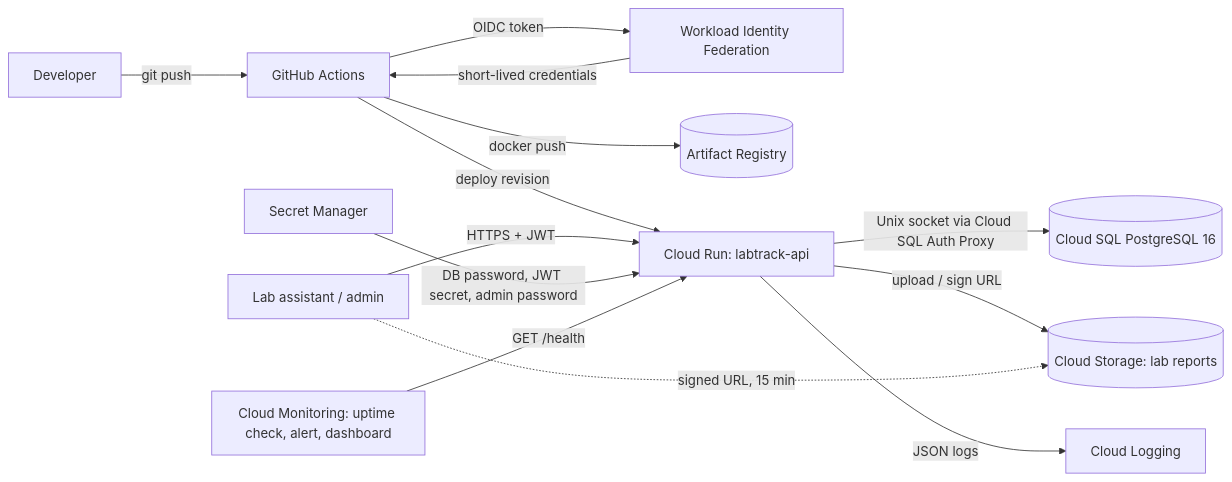
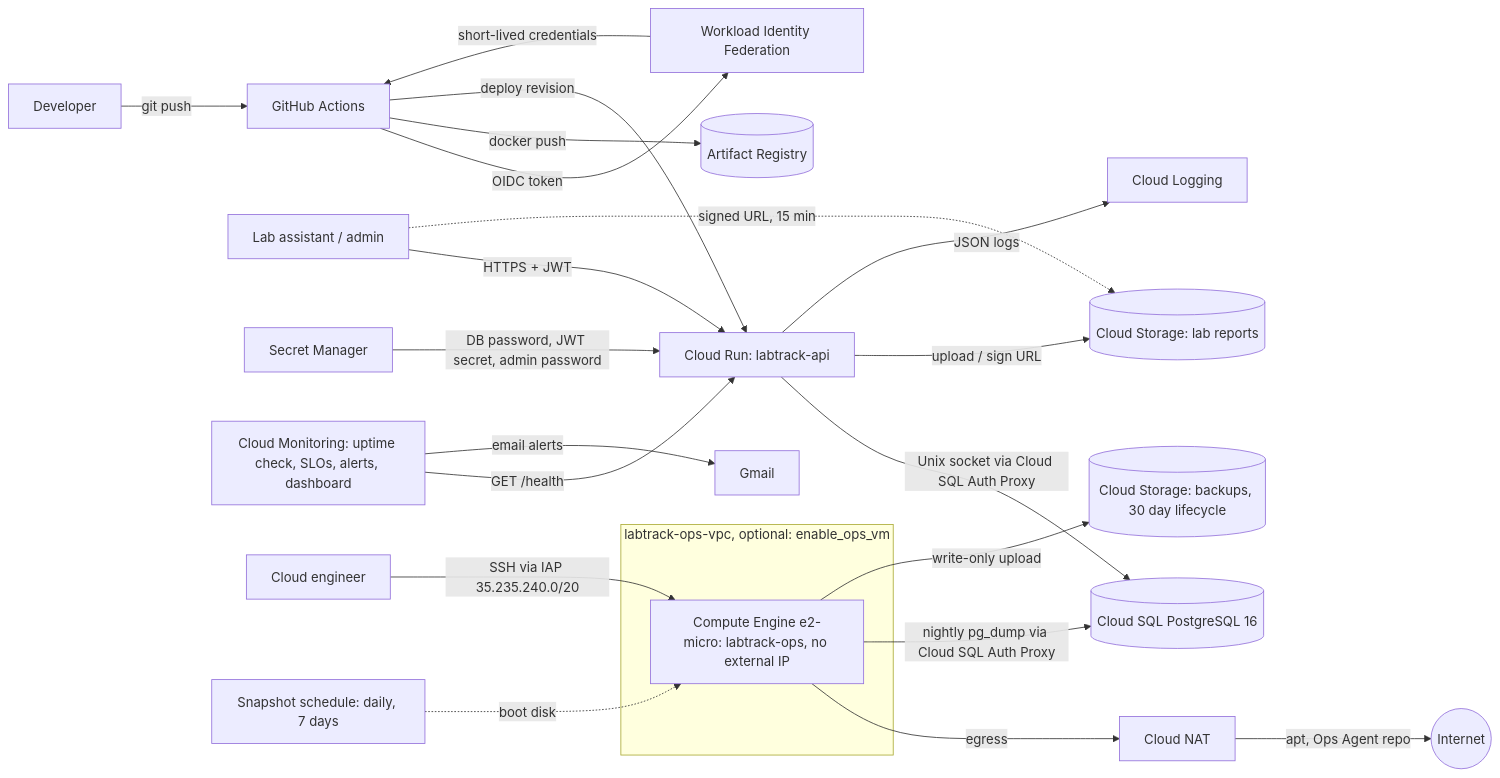
Before and after one commit to Muhammadabrarrayhan2/labtrack: the diagram in README.md, drawn with Mermaid. The commit also changed other lines of this file and 16 other files, not shown here.

````diff
--- a/README.md
+++ b/README.md
@@ -7,16 +7,26 @@
 ```mermaid
 flowchart LR
     dev[Developer] -- git push --> gh[GitHub Actions]
     gh -- OIDC token --> wif[Workload Identity Federation]
     wif -- short-lived credentials --> gh
     gh -- docker push --> ar[(Artifact Registry)]
     gh -- deploy revision --> run
 
     user[Lab assistant / admin] -- HTTPS + JWT --> run[Cloud Run: labtrack-api]
     run -- Unix socket via Cloud SQL Auth Proxy --> sql[(Cloud SQL PostgreSQL 16)]
     run -- upload / sign URL --> gcs[(Cloud Storage: lab reports)]
     user -. signed URL, 15 min .-> gcs
     sm[Secret Manager] -- DB password, JWT secret, admin password --> run
     run -- JSON logs --> log[Cloud Logging]
-    mon[Cloud Monitoring: uptime check, alert, dashboard] -- GET /health --> run
+    mon[Cloud Monitoring: uptime check, SLOs, alerts, dashboard] -- GET /health --> run
+    mon -- email alerts --> mail[Gmail]
+
+    subgraph vpc [labtrack-ops-vpc, optional: enable_ops_vm]
+        vm[Compute Engine e2-micro: labtrack-ops, no external IP]
+    end
+    admin2[Cloud engineer] -- SSH via IAP 35.235.240.0/20 --> vm
+    vm -- egress --> nat[Cloud NAT] -- apt, Ops Agent repo --> internet((Internet))
+    vm -- nightly pg_dump via Cloud SQL Auth Proxy --> sql
+    vm -- write-only upload --> bkp[(Cloud Storage: backups, 30 day lifecycle)]
+    snap[Snapshot schedule: daily, 7 days] -. boot disk .-> vm
 ```
````
